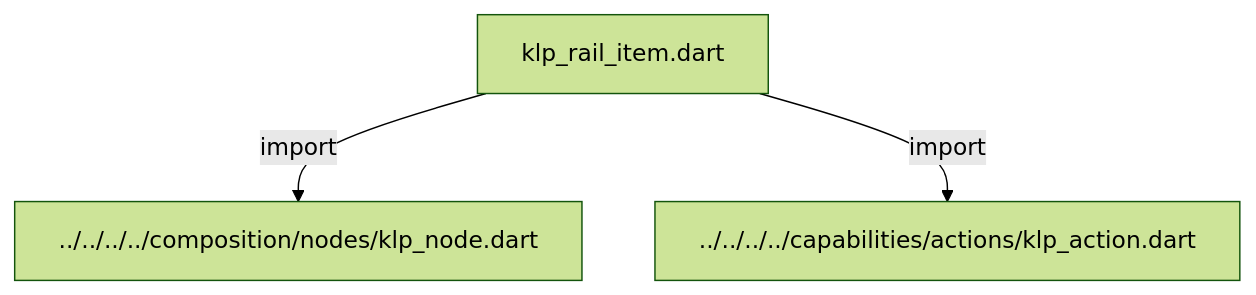
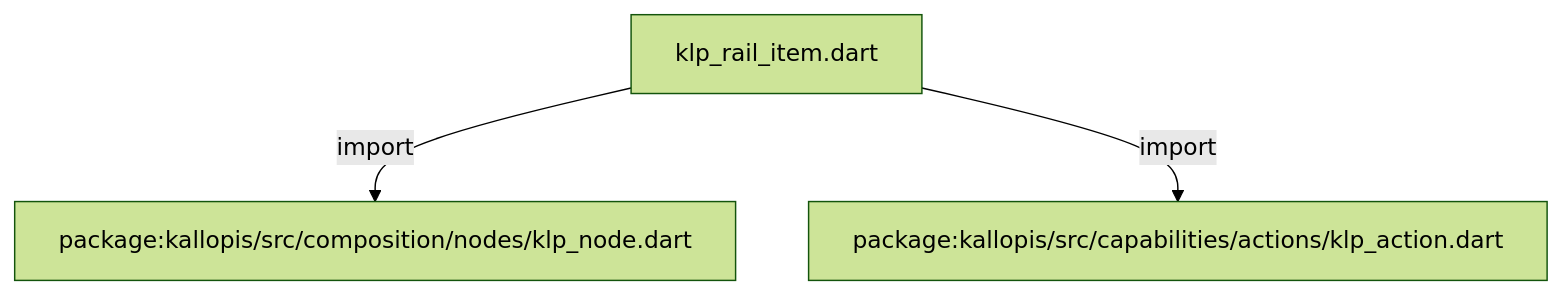
The first of 3 diagrams in docs/architecture/src/features/navigation/rail/contracts/klp_rail_item.md (MiuDog/Kallopis), drawn with Mermaid (forest theme) before and after one commit. The commit also changed other lines of this file and 9688 other files, not shown here.

Commit message:
Prepare isolated Flow F2 peer baseline

````diff
--- a/docs/architecture/src/features/navigation/rail/contracts/klp_rail_item.md
+++ b/docs/architecture/src/features/navigation/rail/contracts/klp_rail_item.md
@@ -11,8 +11,8 @@
 ```mermaid
 flowchart TD
 	n0["klp_rail_item.dart"]
-	n1["../../../../composition/nodes/klp_node.dart"]
-	n2["../../../../capabilities/actions/klp_action.dart"]
+	n1["package:kallopis/src/composition/nodes/klp_node.dart"]
+	n2["package:kallopis/src/capabilities/actions/klp_action.dart"]
 	n0 -->|"import"| n1
 	n0 -->|"import"| n2
 ```
````
